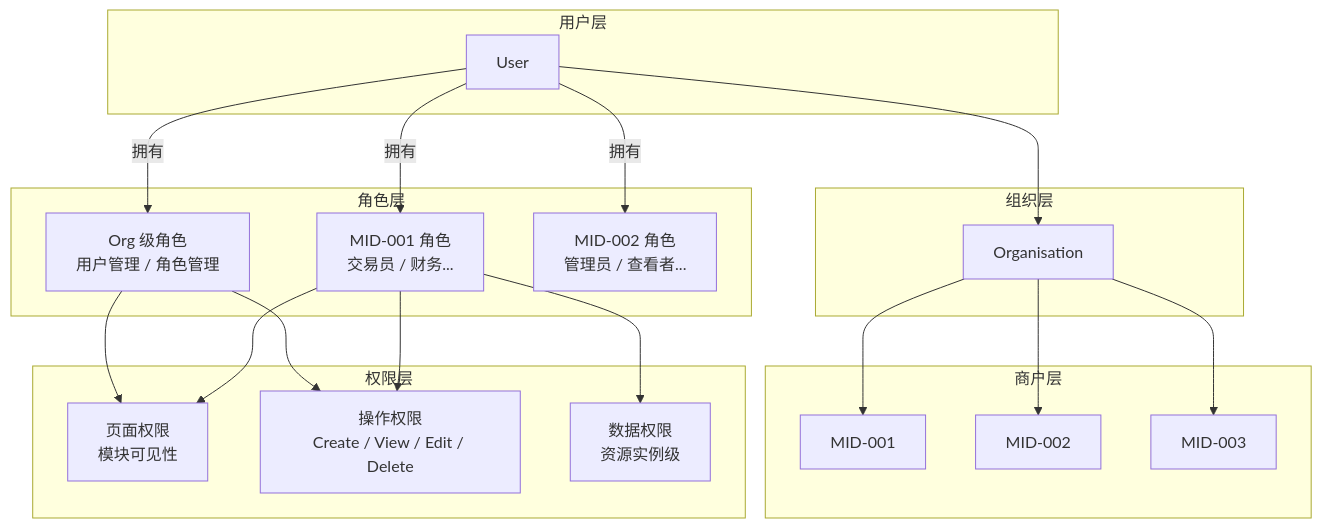
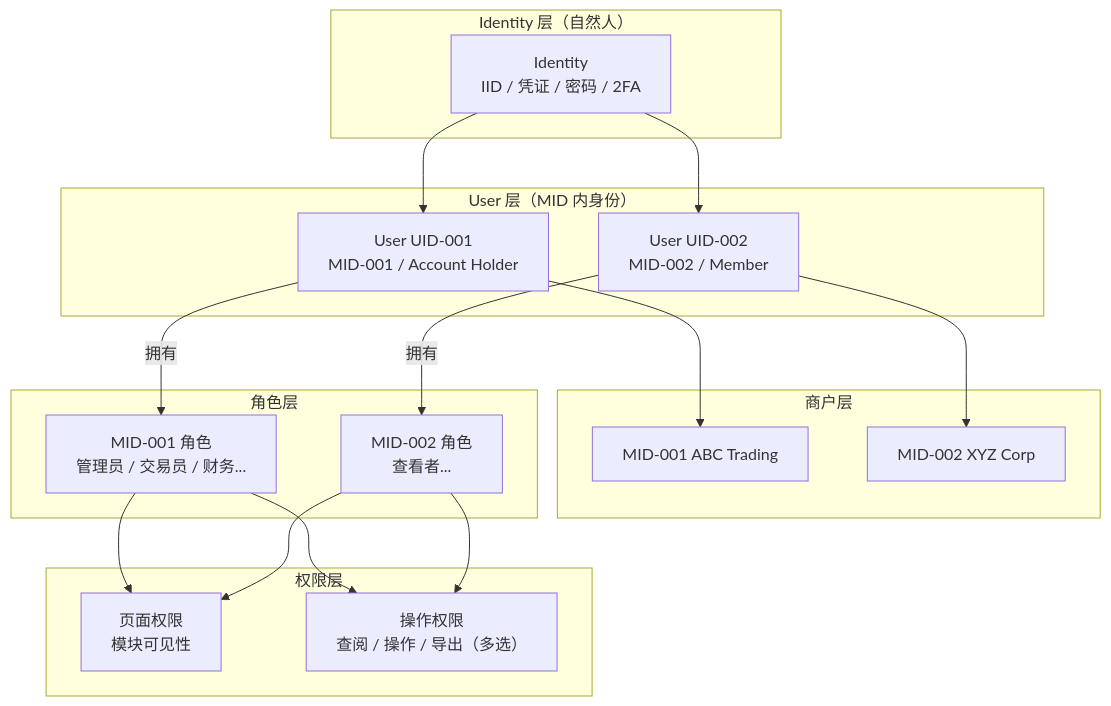
The first of 13 diagrams in USERPERMISSIONS/prd/Users-Roles-Permissions.md (xiaoxiaoangie/EX-NEW), drawn with Mermaid before and after one commit. The commit also changed other lines of this file and 30 other files, not shown here.

````diff
--- a/USERPERMISSIONS/prd/Users-Roles-Permissions.md
+++ b/USERPERMISSIONS/prd/Users-Roles-Permissions.md
@@ -39,43 +51,40 @@
 ```mermaid
 graph TB
-    subgraph "用户层"
-        U[User]
+    subgraph "Identity 层（自然人）"
+        I[Identity<br/>IID / 凭证 / 密码 / 2FA]
     end
 
-    subgraph "组织层"
-        O[Organisation]
+    subgraph "User 层（MID 内身份）"
+        U1[User UID-001<br/>MID-001 / Account Holder]
+        U2[User UID-002<br/>MID-002 / Member]
     end
 
     subgraph "商户层"
-        M1[MID-001]
-        M2[MID-002]
-        M3[MID-003]
+        M1[MID-001 ABC Trading]
+        M2[MID-002 XYZ Corp]
     end
 
     subgraph "角色层"
-        OR[Org 级角色<br/>用户管理 / 角色管理]
-        MR1[MID-001 角色<br/>交易员 / 财务...]
-        MR2[MID-002 角色<br/>管理员 / 查看者...]
+        MR1[MID-001 角色<br/>管理员 / 交易员 / 财务...]
+        MR2[MID-002 角色<br/>查看者...]
     end
 
     subgraph "权限层"
         P1[页面权限<br/>模块可见性]
-        P2[操作权限<br/>Create / View / Edit / Delete]
-        P3[数据权限<br/>资源实例级]
+        P2[操作权限<br/>查阅 / 操作 / 导出（多选）]
     end
 
-    U --> O
-    O --> M1
-    O --> M2
-    O --> M3
+    I --> U1
+    I --> U2
 
-    U -->|拥有| OR
-    U -->|拥有| MR1
-    U -->|拥有| MR2
+    U1 --> M1
+    U2 --> M2
 
-    OR --> P1
-    OR --> P2
+    U1 -->|拥有| MR1
+    U2 -->|拥有| MR2
+
     MR1 --> P1
     MR1 --> P2
-    MR1 --> P3
+    MR2 --> P1
+    MR2 --> P2
 ```
````
